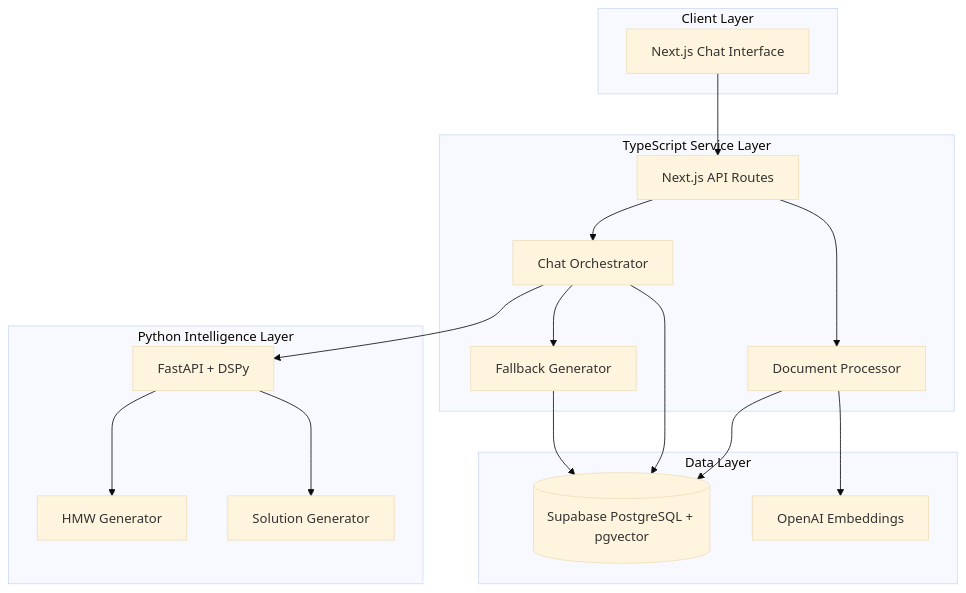
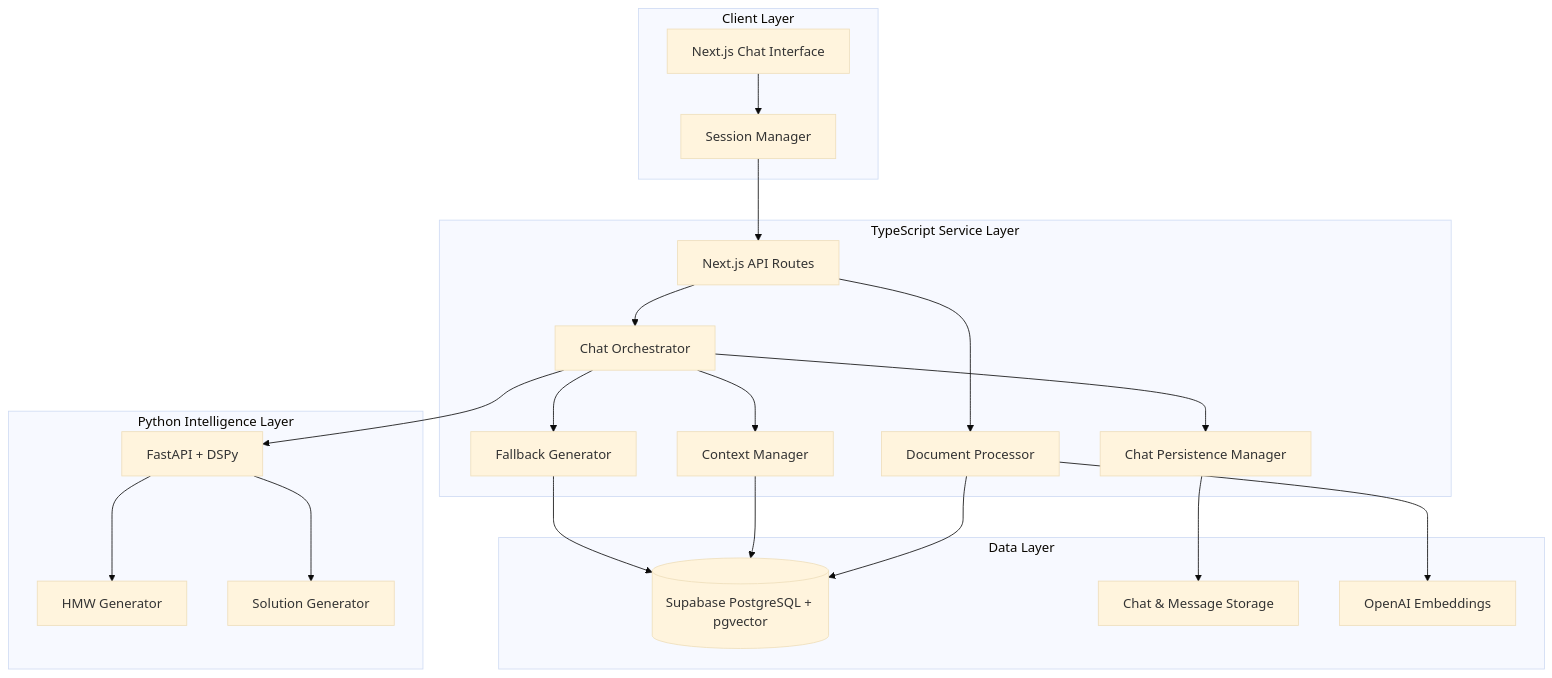
The diagram in .kiro/specs/jtbd-assistant-platform/design.md (alvaroybanez/jtbd-chat-dspy-v2), drawn with Mermaid (base theme) before and after one commit. The commit also changed other lines of this file and 9 other files, not shown here.

````diff
--- a/.kiro/specs/jtbd-assistant-platform/design.md
+++ b/.kiro/specs/jtbd-assistant-platform/design.md
@@ -18,36 +18,44 @@
 ```mermaid
 graph TB
     subgraph "Client Layer"
         UI[Next.js Chat Interface]
+        SESSION[Session Manager]
     end
     
     subgraph "TypeScript Service Layer"
         API[Next.js API Routes]
         CHAT[Chat Orchestrator]
+        PERSIST[Chat Persistence Manager] 
+        CONTEXT[Context Manager]
         UPLOAD[Document Processor]
         FALLBACK[Fallback Generator]
     end
     
     subgraph "Python Intelligence Layer"
         DSPY[FastAPI + DSPy]
         HMW[HMW Generator]
         SOL[Solution Generator]
     end
     
     subgraph "Data Layer"
         SUPABASE[(Supabase PostgreSQL + pgvector)]
+        CHAT_STORE[Chat & Message Storage]
         EMBED[OpenAI Embeddings]
     end
     
-    UI --> API
+    UI --> SESSION
+    SESSION --> API
     API --> CHAT
+    CHAT --> PERSIST
+    CHAT --> CONTEXT
     API --> UPLOAD
     CHAT --> DSPY
     CHAT --> FALLBACK
     UPLOAD --> EMBED
     UPLOAD --> SUPABASE
     DSPY --> HMW
     DSPY --> SOL
-    CHAT --> SUPABASE
+    PERSIST --> CHAT_STORE
+    CONTEXT --> SUPABASE
     FALLBACK --> SUPABASE
 ```
````
